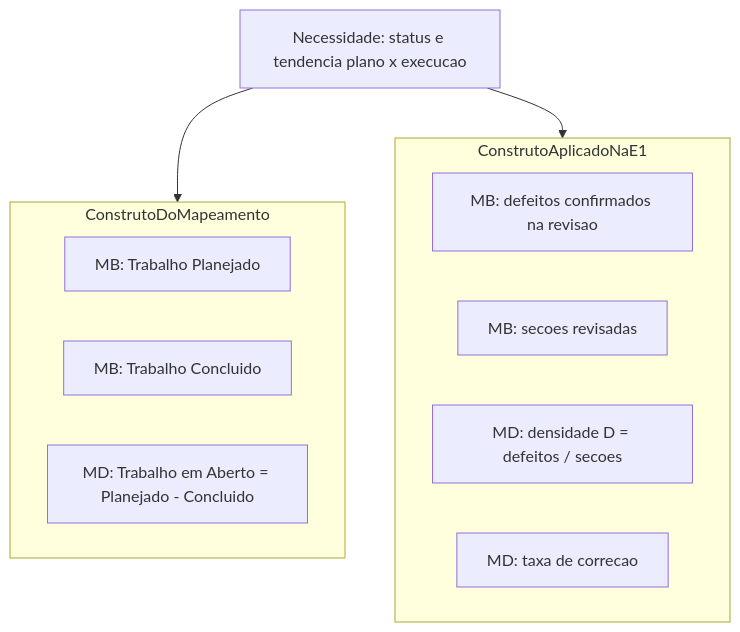
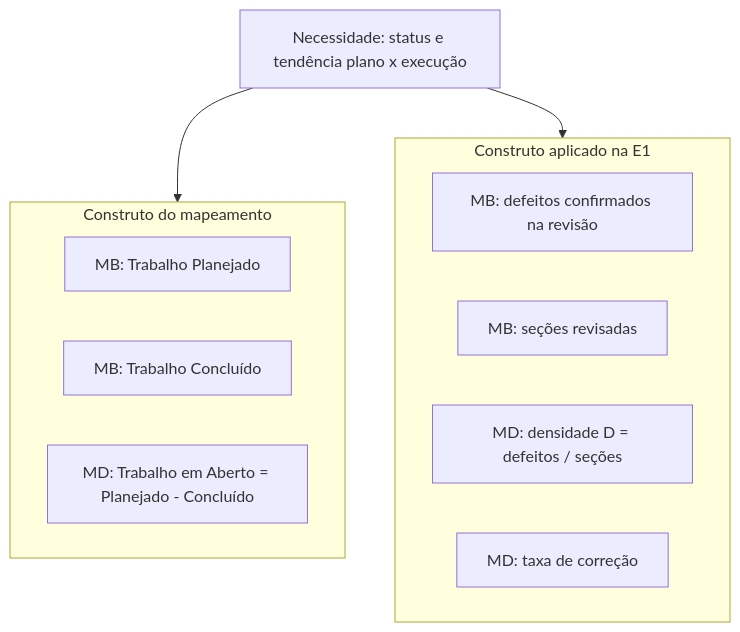
One commit to FCTE-Qualidade-de-Software-1/2026-2_T01_BETTY_SNYDER changed the first of 2 diagrams in docs/gestao-psm/desempenho-dos-processos.md. Above: the diagram before and after it, drawn with Mermaid. The commit also changed other lines of this file and 4 other files, not shown here.

Commit message:
docs(psm): alinha diagramas ao modelo da Aula 09 e rotulos com espacos

````diff
--- a/docs/gestao-psm/desempenho-dos-processos.md
+++ b/docs/gestao-psm/desempenho-dos-processos.md
@@ -15,17 +15,17 @@
 ```mermaid
 flowchart TB
-  need["Necessidade: status e tendencia plano x execucao"]
-  subgraph map [ConstrutoDoMapeamento]
+  need["Necessidade: status e tendência plano x execução"]
+  subgraph map ["Construto do mapeamento"]
     tp["MB: Trabalho Planejado"]
-    tc["MB: Trabalho Concluido"]
-    ta["MD: Trabalho em Aberto = Planejado - Concluido"]
+    tc["MB: Trabalho Concluído"]
+    ta["MD: Trabalho em Aberto = Planejado - Concluído"]
   end
-  subgraph e1 [ConstrutoAplicadoNaE1]
-    def["MB: defeitos confirmados na revisao"]
-    sec["MB: secoes revisadas"]
-    dens["MD: densidade D = defeitos / secoes"]
-    corr["MD: taxa de correcao"]
+  subgraph e1 ["Construto aplicado na E1"]
+    def["MB: defeitos confirmados na revisão"]
+    sec["MB: seções revisadas"]
+    dens["MD: densidade D = defeitos / seções"]
+    corr["MD: taxa de correção"]
   end
   need --> map
   need --> e1
 ```
````
